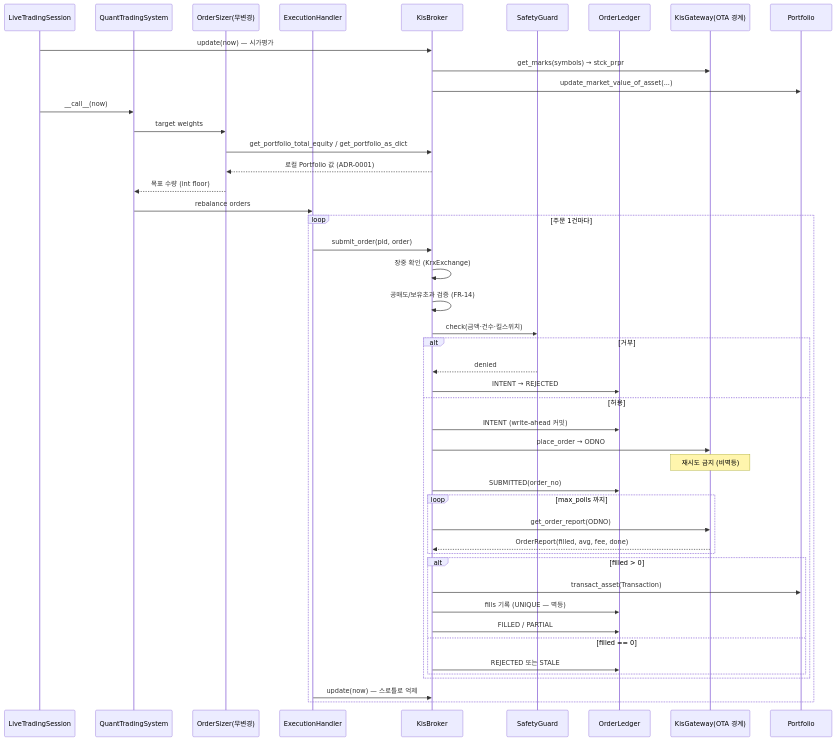
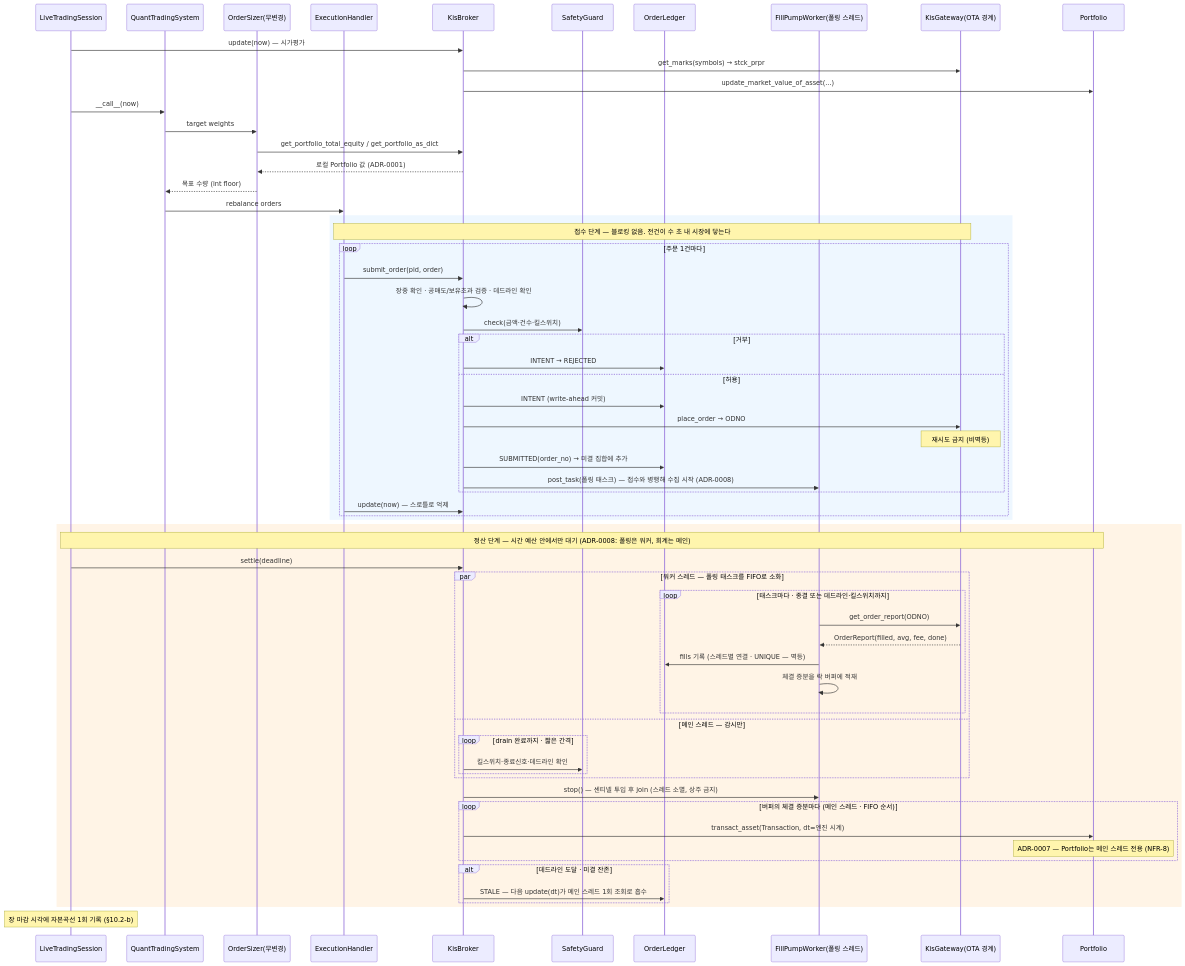
The third of 4 diagrams in docs/dev/spec/kis-broker-design.md (visualmoney/vm-quant-trader), drawn with Mermaid before and after one commit. The commit also changed other lines of this file and 7 other files, not shown here.

````diff
--- a/docs/dev/spec/kis-broker-design.md
+++ b/docs/dev/spec/kis-broker-design.md
@@ -281,49 +298,69 @@
 ```mermaid
 sequenceDiagram
     participant LTS as LiveTradingSession
     participant QTS as QuantTradingSystem
     participant SZ as OrderSizer(무변경)
     participant EH as ExecutionHandler
     participant KB as KisBroker
     participant GRD as SafetyGuard
     participant LED as OrderLedger
+    participant WK as FillPumpWorker(폴링 스레드)
     participant GW as KisGateway(OTA 경계)
     participant PF as Portfolio
 
     LTS->>KB: update(now) — 시가평가
     KB->>GW: get_marks(symbols) → stck_prpr
     KB->>PF: update_market_value_of_asset(...)
     LTS->>QTS: __call__(now)
     QTS->>SZ: target weights
     SZ->>KB: get_portfolio_total_equity / get_portfolio_as_dict
     KB-->>SZ: 로컬 Portfolio 값 (ADR-0001)
     SZ-->>QTS: 목표 수량 (int floor)
     QTS->>EH: rebalance orders
+
+    rect rgb(238, 247, 255)
+    Note over EH,GW: 접수 단계 — 블로킹 없음. 전건이 수 초 내 시장에 닿는다
     loop 주문 1건마다
         EH->>KB: submit_order(pid, order)
-        KB->>KB: 장중 확인 (KrxExchange)
-        KB->>KB: 공매도/보유초과 검증 (FR-14)
+        KB->>KB: 장중 확인 · 공매도/보유초과 검증 · 데드라인 확인
         KB->>GRD: check(금액·건수·킬스위치)
         alt 거부
-            GRD-->>KB: denied
             KB->>LED: INTENT → REJECTED
         else 허용
             KB->>LED: INTENT (write-ahead 커밋)
             KB->>GW: place_order → ODNO
             Note over GW: 재시도 금지 (비멱등)
-            KB->>LED: SUBMITTED(order_no)
-            loop max_polls 까지
-                KB->>GW: get_order_report(ODNO)
-                GW-->>KB: OrderReport(filled, avg, fee, done)
-            end
-            alt filled > 0
-                KB->>PF: transact_asset(Transaction)
-                KB->>LED: fills 기록 (UNIQUE — 멱등)
-                KB->>LED: FILLED / PARTIAL
-            else filled == 0
-                KB->>LED: REJECTED 또는 STALE
-            end
+            KB->>LED: SUBMITTED(order_no) → 미결 집합에 추가
+            KB->>WK: post_task(폴링 태스크) — 접수와 병행해 수집 시작 (ADR-0008)
         end
         EH->>KB: update(now) — 스로틀로 억제
     end
+    end
+
+    rect rgb(255, 244, 230)
+    Note over LTS,PF: 정산 단계 — 시간 예산 안에서만 대기 (ADR-0008: 폴링은 워커, 회계는 메인)
+    LTS->>KB: settle(deadline)
+    par 워커 스레드 — 폴링 태스크를 FIFO로 소화
+        loop 태스크마다 · 종결 또는 데드라인·킬스위치까지
+            WK->>GW: get_order_report(ODNO)
+            GW-->>WK: OrderReport(filled, avg, fee, done)
+            WK->>LED: fills 기록 (스레드별 연결 · UNIQUE — 멱등)
+            WK->>WK: 체결 증분을 락 버퍼에 적재
+        end
+    and 메인 스레드 — 감시만
+        loop drain 완료까지 · 짧은 간격
+            KB->>GRD: 킬스위치·종료신호·데드라인 확인
+        end
+    end
+    KB->>WK: stop() — 센티넬 투입 후 join (스레드 소멸, 상주 금지)
+    loop 버퍼의 체결 증분마다 (메인 스레드 · FIFO 순서)
+        KB->>PF: transact_asset(Transaction, dt=엔진 시계)
+        Note over PF: ADR-0007 — Portfolio는 메인 스레드 전용 (NFR-8)
+    end
+    alt 데드라인 도달 · 미결 잔존
+        KB->>LED: STALE — 다음 update(dt)가 메인 스레드 1회 조회로 흡수
+    end
+    end
+
+    Note over LTS: 장 마감 시각에 자본곡선 1회 기록 (§10.2-b)
 ```
````
